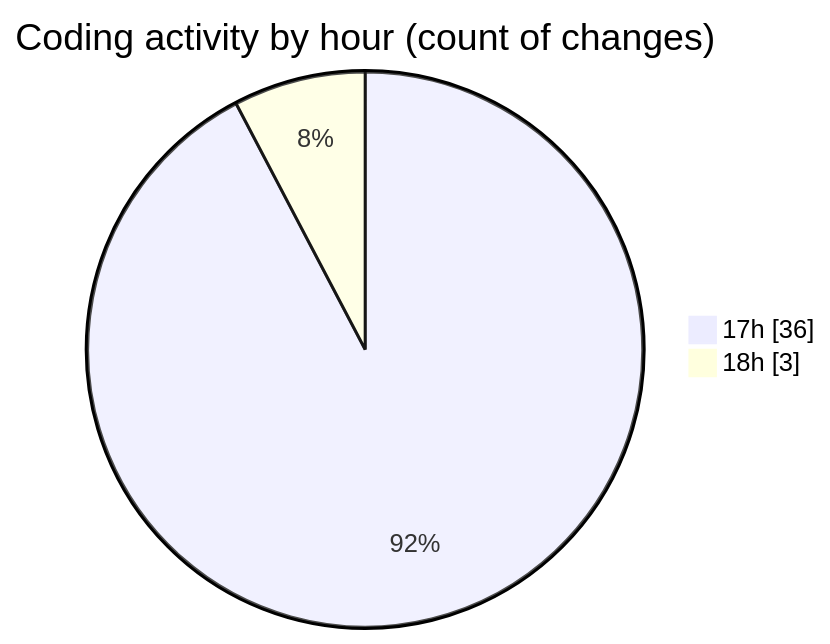
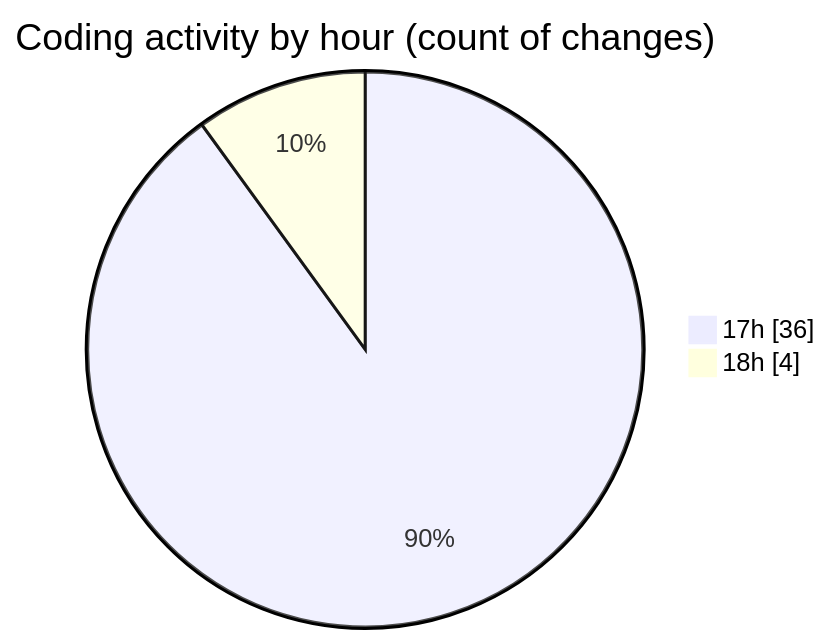
One commit to becaeroporto-bot/code-tracking changed the second of 2 diagrams in 2026-02-19/bot_i_a/README.md. Above: the diagram before and after it, drawn with Mermaid. The commit also changed other lines of this file and 1 other file, not shown here.

````diff
--- a/2026-02-19/bot_i_a/README.md
+++ b/2026-02-19/bot_i_a/README.md
@@ -44,6 +44,6 @@
 ```mermaid
 pie showData
 title Coding activity by hour (count of changes)
 "17h" : 36
-"18h" : 3
+"18h" : 4
 ```
````
